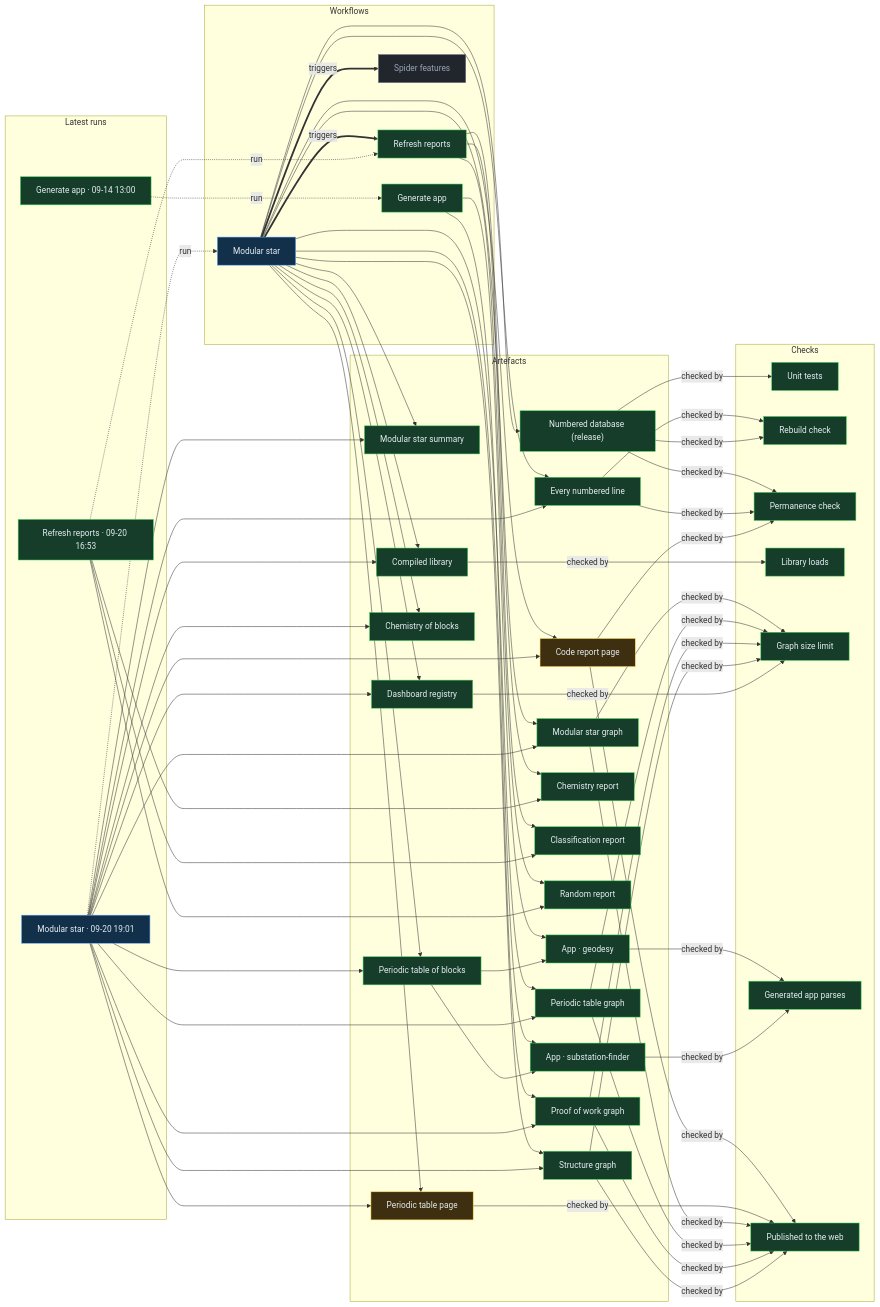
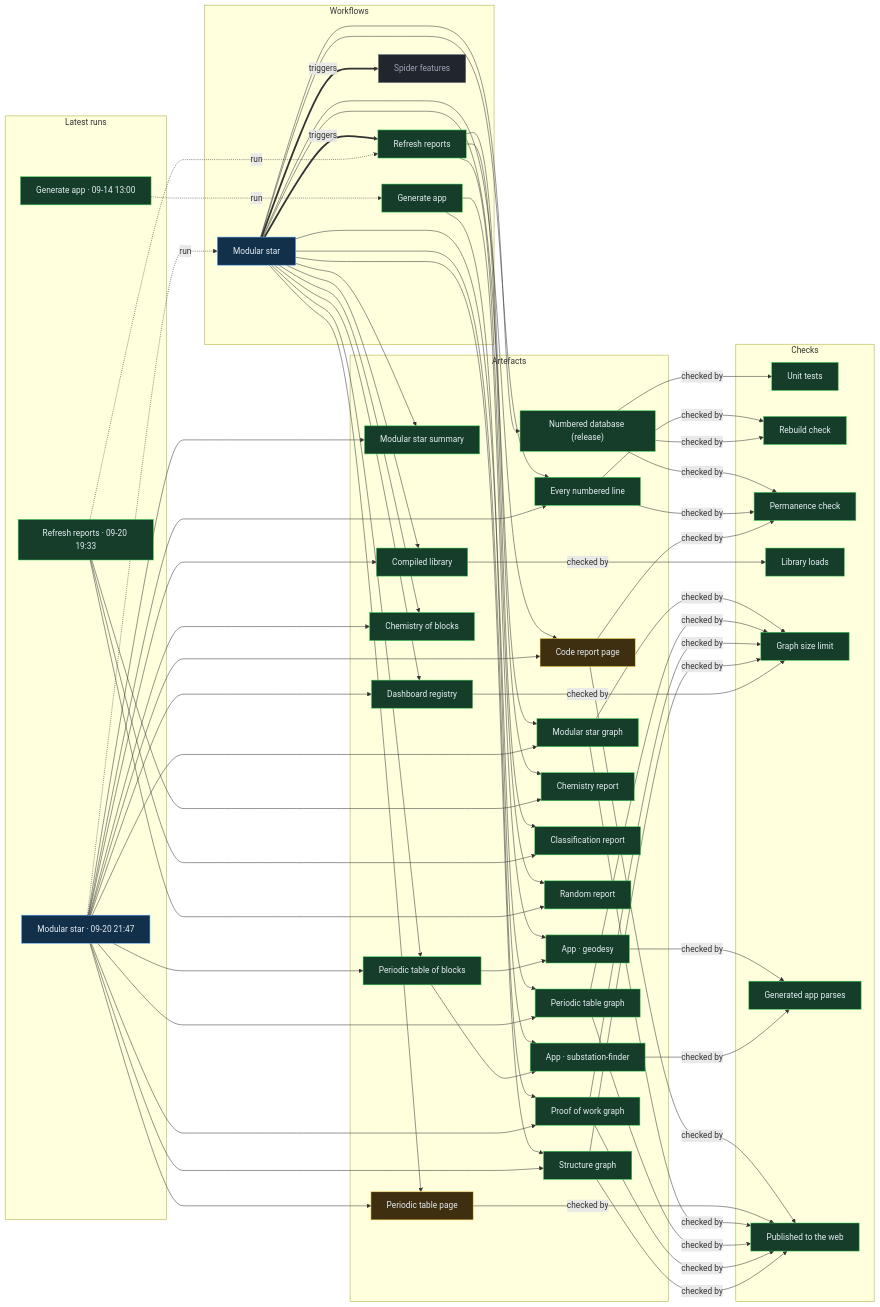
The diagram in proof/PROOF.md (Ventusltd/stars), drawn with Mermaid before and after one commit. The commit also changed other lines of this file and 121 other files, not shown here.

Commit message:
Modular star 2026-09-20T21:49Z

```diff
--- a/proof/PROOF.md
+++ b/proof/PROOF.md
@@ -24,8 +24,8 @@
   n_wf_spider_features["Spider features"]:::off
   end
   subgraph g_runs["Latest runs"]
-  n_run_35530937151["Modular star · 09-20 19:01"]:::live
-  n_run_35524115479["Refresh reports · 09-20 16:53"]:::ok
+  n_run_35539745934["Modular star · 09-20 21:47"]:::live
+  n_run_35532696355["Refresh reports · 09-20 19:33"]:::ok
   n_run_34846587798["Generate app · 09-14 13:00"]:::ok
   end
   subgraph g_artefacts["Artefacts"]
@@ -59,39 +59,39 @@
   end
   n_wf_modular_star == triggers ==> n_wf_refresh
   n_wf_modular_star == triggers ==> n_wf_spider_features
-  n_run_35530937151 -. run .-> n_wf_modular_star
-  n_run_35524115479 -. run .-> n_wf_refresh
+  n_run_35539745934 -. run .-> n_wf_modular_star
+  n_run_35532696355 -. run .-> n_wf_refresh
   n_run_34846587798 -. run .-> n_wf_generate
   n_wf_modular_star --> n_art_summary
-  n_run_35530937151 --> n_art_summary
+  n_run_35539745934 --> n_art_summary
   n_wf_modular_star --> n_art_lines
-  n_run_35530937151 --> n_art_lines
+  n_run_35539745934 --> n_art_lines
   n_wf_modular_star --> n_art_code
-  n_run_35530937151 --> n_art_code
+  n_run_35539745934 --> n_art_code
   n_wf_modular_star --> n_art_modular_graph
-  n_run_35530937151 --> n_art_modular_graph
+  n_run_35539745934 --> n_art_modular_graph
   n_wf_modular_star --> n_art_blocks
-  n_run_35530937151 --> n_art_blocks
+  n_run_35539745934 --> n_art_blocks
   n_wf_modular_star --> n_art_table
-  n_run_35530937151 --> n_art_table
+  n_run_35539745934 --> n_art_table
   n_wf_modular_star --> n_art_blocks_graph
-  n_run_35530937151 --> n_art_blocks_graph
+  n_run_35539745934 --> n_art_blocks_graph
   n_wf_modular_star --> n_art_reactions
-  n_run_35530937151 --> n_art_reactions
+  n_run_35539745934 --> n_art_reactions
   n_wf_modular_star --> n_art_library
-  n_run_35530937151 --> n_art_library
+  n_run_35539745934 --> n_art_library
   n_wf_modular_star --> n_art_features
-  n_run_35530937151 --> n_art_features
+  n_run_35539745934 --> n_art_features
   n_wf_modular_star --> n_art_proof
-  n_run_35530937151 --> n_art_proof
+  n_run_35539745934 --> n_art_proof
   n_wf_modular_star --> n_art_structure
-  n_run_35530937151 --> n_art_structure
+  n_run_35539745934 --> n_art_structure
   n_wf_refresh --> n_art_chemistry
-  n_run_35524115479 --> n_art_chemistry
+  n_run_35532696355 --> n_art_chemistry
   n_wf_refresh --> n_art_vedic
-  n_run_35524115479 --> n_art_vedic
+  n_run_35532696355 --> n_art_vedic
   n_wf_refresh --> n_art_random
-  n_run_35524115479 --> n_art_random
+  n_run_35532696355 --> n_art_random
   n_wf_modular_star --> n_art_release
   n_wf_generate --> n_app_geodesy
   n_art_blocks --> n_app_geodesy
```
